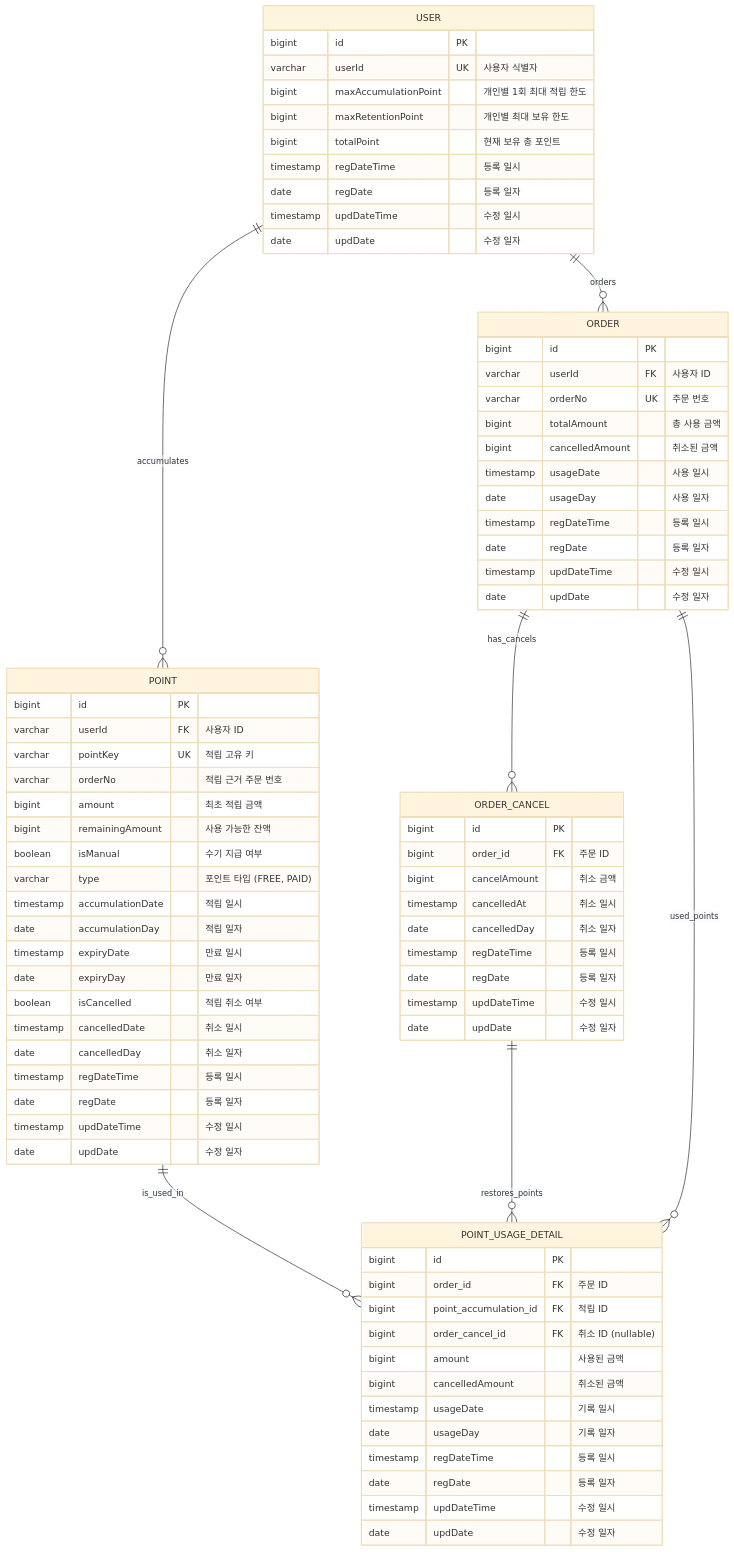
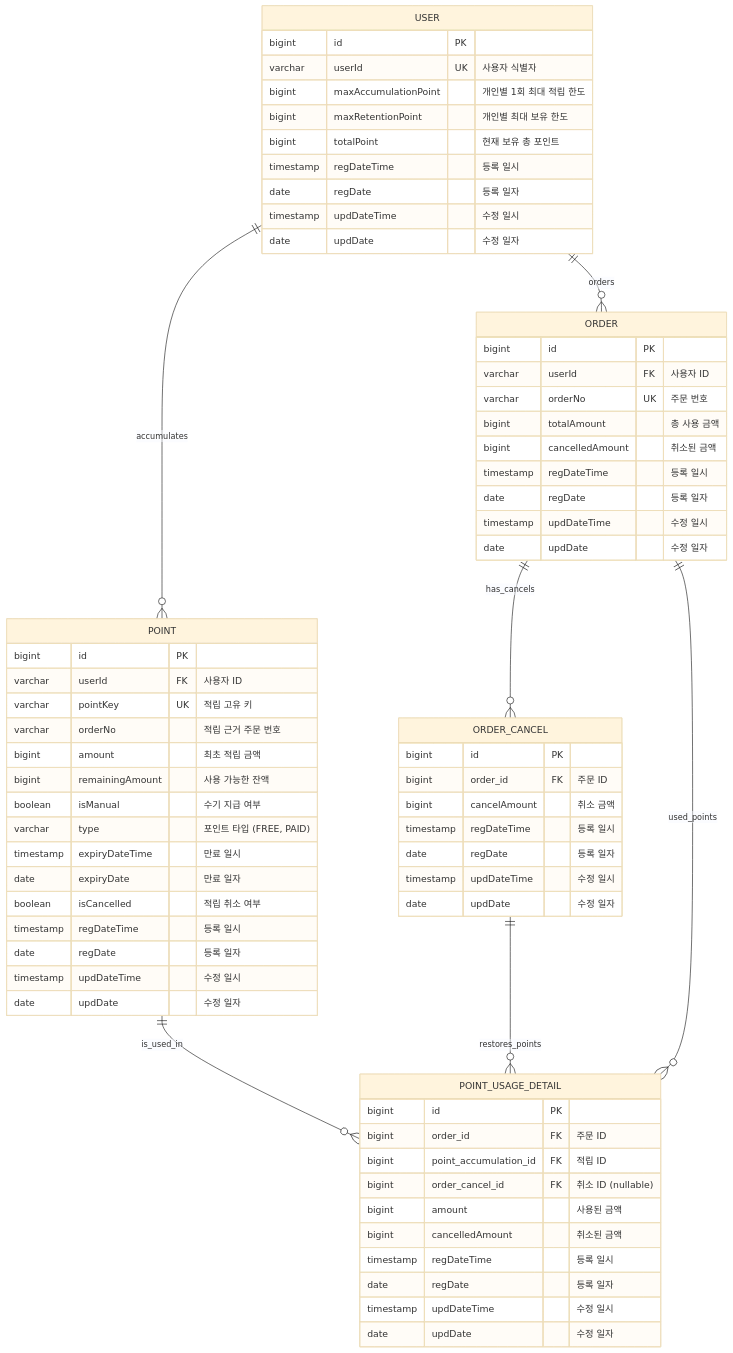
The diagram in docs/데이터베이스 설계.md (muzzaiwork/point), drawn with Mermaid (base theme) before and after one commit. The commit also changed other lines of this file and 8 other files, not shown here.

```diff
--- a/docs/데이터베이스 설계.md
+++ b/docs/데이터베이스 설계.md
@@ -32,13 +32,9 @@
         bigint remainingAmount "사용 가능한 잔액"
         boolean isManual "수기 지급 여부"
         varchar type "포인트 타입 (FREE, PAID)"
-        timestamp accumulationDate "적립 일시"
-        date accumulationDay "적립 일자"
-        timestamp expiryDate "만료 일시"
-        date expiryDay "만료 일자"
+        timestamp expiryDateTime "만료 일시"
+        date expiryDate "만료 일자"
         boolean isCancelled "적립 취소 여부"
-        timestamp cancelledDate "취소 일시"
-        date cancelledDay "취소 일자"
         timestamp regDateTime "등록 일시"
         date regDate "등록 일자"
         timestamp updDateTime "수정 일시"
@@ -51,8 +47,6 @@
         varchar orderNo UK "주문 번호"
         bigint totalAmount "총 사용 금액"
         bigint cancelledAmount "취소된 금액"
-        timestamp usageDate "사용 일시"
-        date usageDay "사용 일자"
         timestamp regDateTime "등록 일시"
         date regDate "등록 일자"
         timestamp updDateTime "수정 일시"
@@ -63,8 +57,6 @@
         bigint id PK
         bigint order_id FK "주문 ID"
         bigint cancelAmount "취소 금액"
-        timestamp cancelledAt "취소 일시"
-        date cancelledDay "취소 일자"
         timestamp regDateTime "등록 일시"
         date regDate "등록 일자"
         timestamp updDateTime "수정 일시"
@@ -78,8 +70,6 @@
         bigint order_cancel_id FK "취소 ID (nullable)"
         bigint amount "사용된 금액"
         bigint cancelledAmount "취소된 금액"
-        timestamp usageDate "기록 일시"
-        date usageDay "기록 일자"
         timestamp regDateTime "등록 일시"
         date regDate "등록 일자"
         timestamp updDateTime "수정 일시"
```
